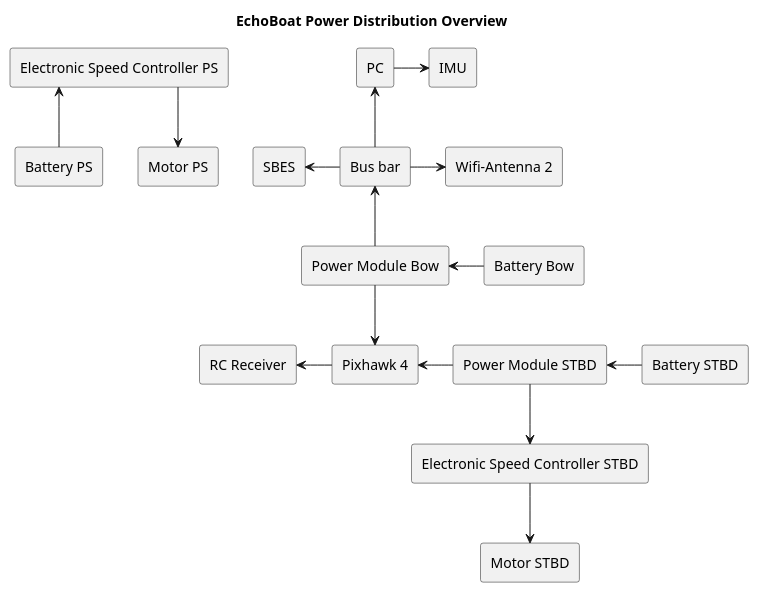
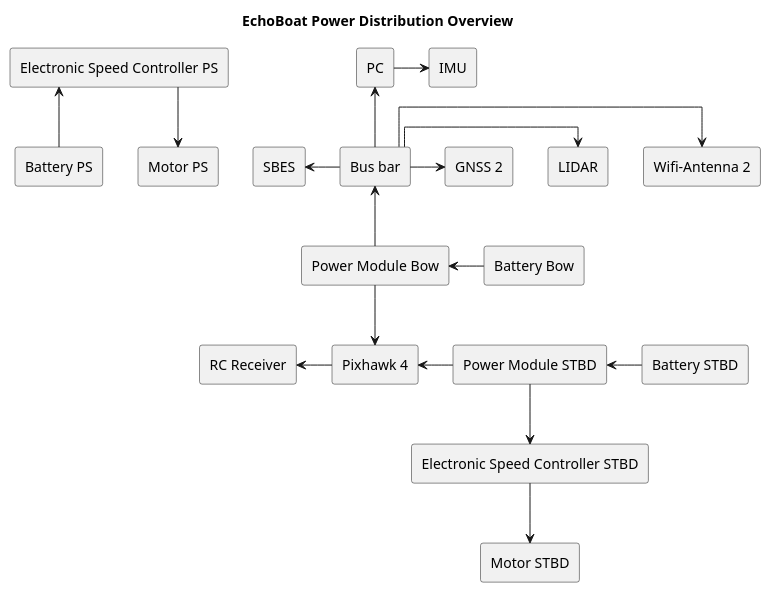
The diagram in electrical_schemes/overview/overview_power.plantuml (MalteBiermann/EchoBoat), drawn with PlantUML before and after one commit. The commit also changed 3 other files, not shown here.

```diff
--- a/electrical_schemes/overview/overview_power.plantuml
+++ b/electrical_schemes/overview/overview_power.plantuml
@@ -1,57 +1,59 @@
 @startuml
 title "EchoBoat Power Distribution Overview"
 skinparam componentStyle rectangle
 skinparam linetype ortho
 
 component "Pixhawk 4" as PH
 component "PC"
 component "SBES"
 component "IMU"
-' component "LIDAR"
-' component "GNSS 2" as GNSS2
+component "LIDAR"
+component "GNSS 2" as GNSS2
 component "Power Module STBD" as PMstbd
 component "Power Module Bow" as PMBow
 component "Bus bar" as Busbar
 
 component "Battery PS" as BatPS
 component "Battery STBD" as BatSTBD
 component "Battery Bow" as BatBow
 
 together {
 component "Electronic Speed Controller PS" as ESCps
 component "Electronic Speed Controller STBD" as ESCstbd
 }
 
 component "Motor PS"
 component "Motor STBD"
 component "RC Receiver" as RCtrans
 
 component "Wifi-Antenna 2" as Wifi2
 
 PH -l-> RCtrans
 
 BatBow -l-> PMBow
 
 PMBow -up-> Busbar
 PMBow -down-> PH
 
 Busbar -u-> PC
 Busbar -l-> SBES
 Busbar -r-> Wifi2
+Busbar -> LIDAR
+Busbar -> GNSS2
 
 PC -> IMU
 
 ' Busbar .> LIDAR
 ' Busbar .> GNSS2
 
 PMstbd -left-> PH
 
 BatSTBD -left-> PMstbd
 BatPS -up-> ESCps
 PMstbd --> ESCstbd
 
 ESCps -down-> [Motor PS]
 ESCstbd -down-> [Motor STBD]
 
 ' hide @unlinked
 @enduml
```
